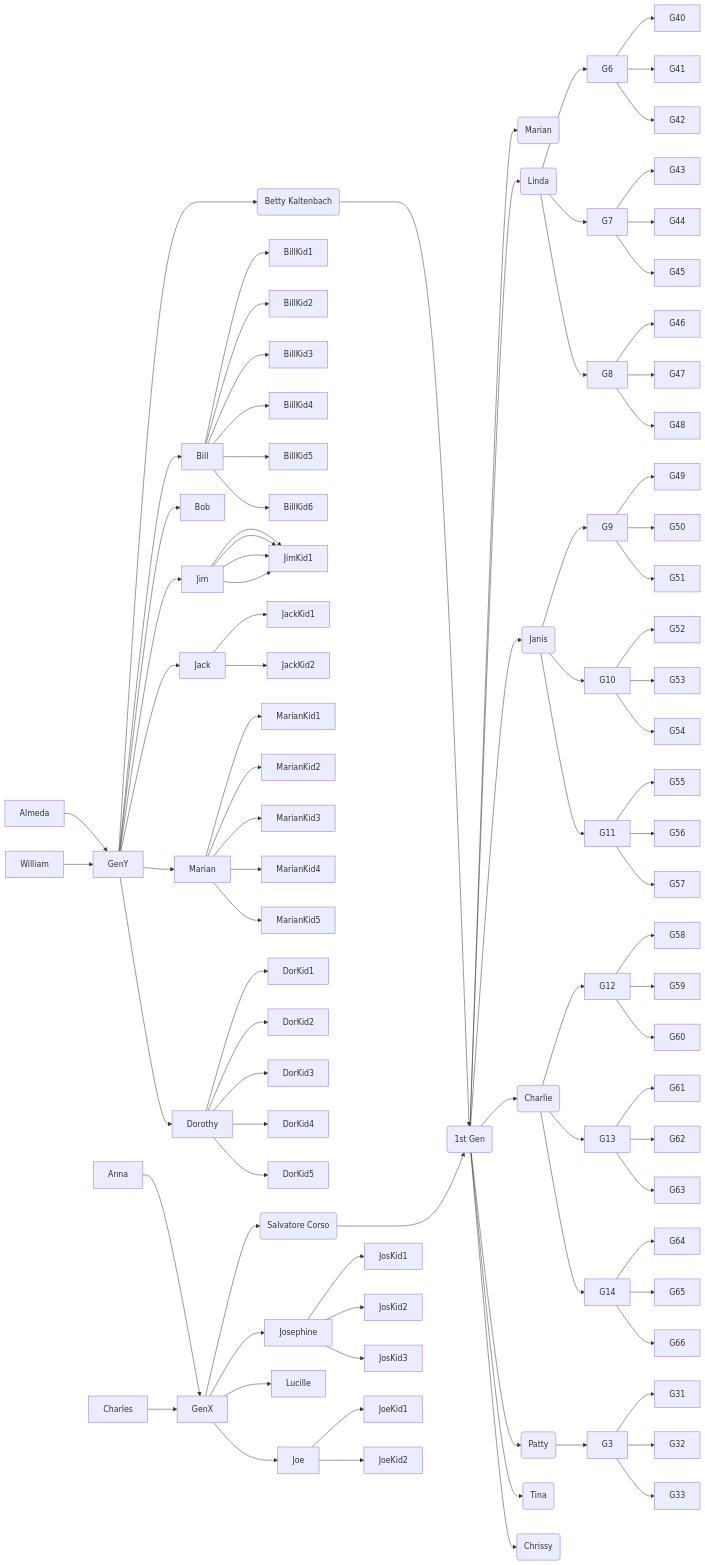
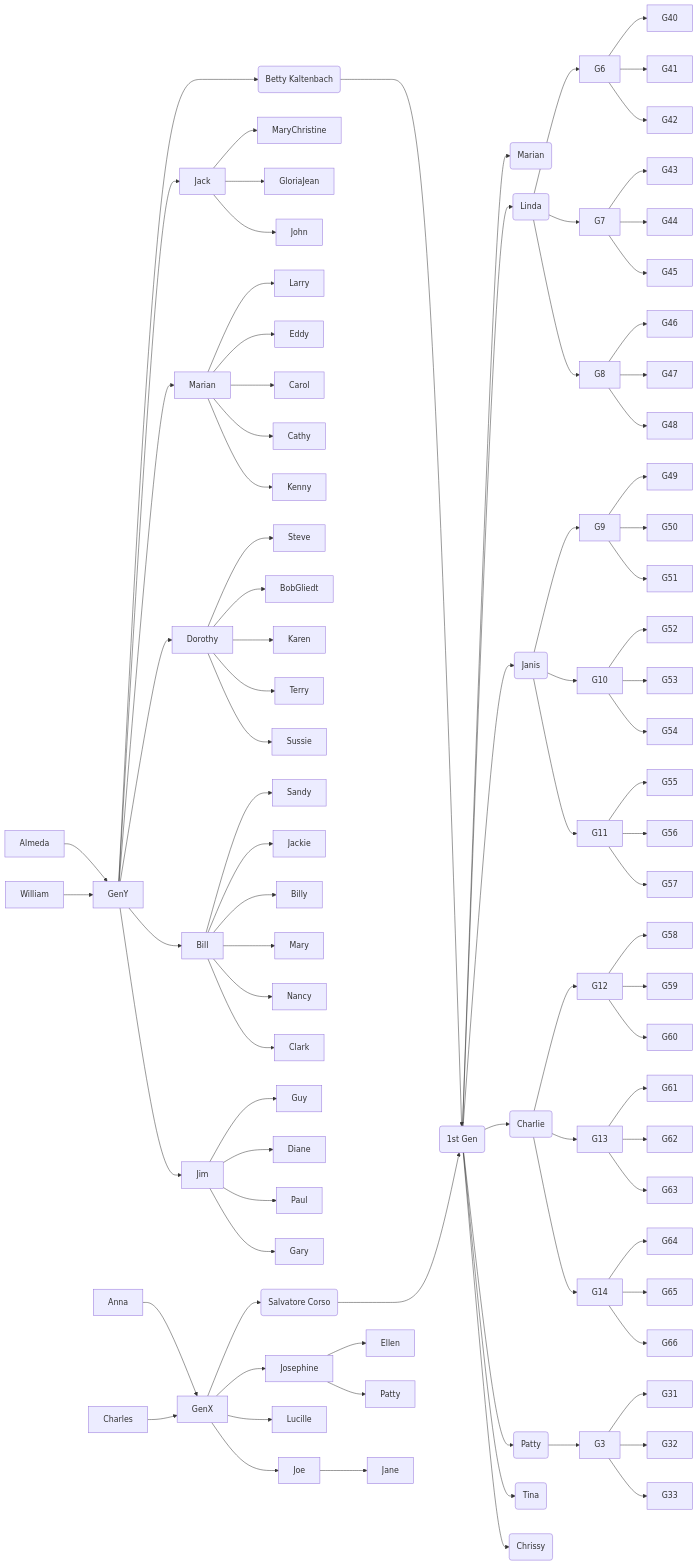
Before and after one commit to corsokalte/corsokalte.github.io: the diagram in _posts/2023-03-04-Family Genealogy.md, drawn with Mermaid.

Commit message:
Updated with Janis

```diff
--- a/_posts/2023-03-04-Family Genealogy.md
+++ b/_posts/2023-03-04-Family Genealogy.md
@@ -19,46 +19,44 @@
 Almeda --> GenY
 William --> GenY
 
+GenY --> Jack
+GenY --> Marian
+GenY --> Dorothy
 GenY --> Bill
-GenY --> Bob
 GenY --> Jim
-GenY -->Jack
-GenY --> Marian
-GenY -->Dorothy
 
-Bill --> BillKid1
-Bill --> BillKid2
-Bill --> BillKid3
-Bill --> BillKid4
-Bill --> BillKid5
-Bill --> BillKid6
+Bill --> Sandy
+Bill --> Jackie
+Bill --> Billy
+Bill --> Mary
+Bill --> Nancy
+Bill --> Clark
 
-Jim --> JimKid1
-Jim --> JimKid1
-Jim --> JimKid1
-Jim --> JimKid1
+Jim --> Guy
+Jim --> Diane
+Jim --> Paul
+Jim --> Gary
 
-Jack --> JackKid1
-Jack --> JackKid2
+Jack --> MaryChristine
+Jack --> GloriaJean
+Jack --> John
 
-Marian --> MarianKid1
-Marian --> MarianKid2
-Marian --> MarianKid3
-Marian --> MarianKid4
-Marian --> MarianKid5
+Marian --> Larry
+Marian --> Eddy
+Marian --> Carol
+Marian --> Cathy
+Marian --> Kenny
 
-Dorothy --> DorKid1
-Dorothy --> DorKid2
-Dorothy --> DorKid3
-Dorothy --> DorKid4
-Dorothy --> DorKid5
+Dorothy --> Steve
+Dorothy --> BobGliedt
+Dorothy --> Karen
+Dorothy --> Terry
+Dorothy --> Sussie
 
-Josephine --> JosKid1
-Josephine --> JosKid2
-Josephine --> JosKid3
+Josephine --> Ellen
+Josephine --> Patty
 
-Joe --> JoeKid1
-Joe --> JoeKid2
+Joe --> Jane
 
 Anna --> GenX
 Charles --> GenX
```
